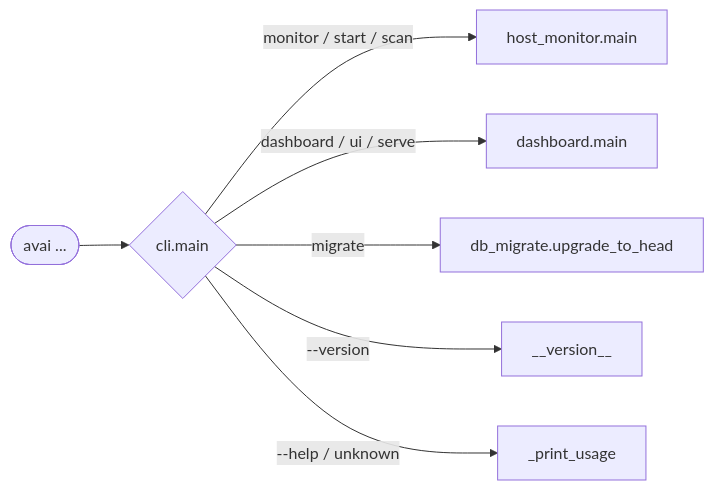
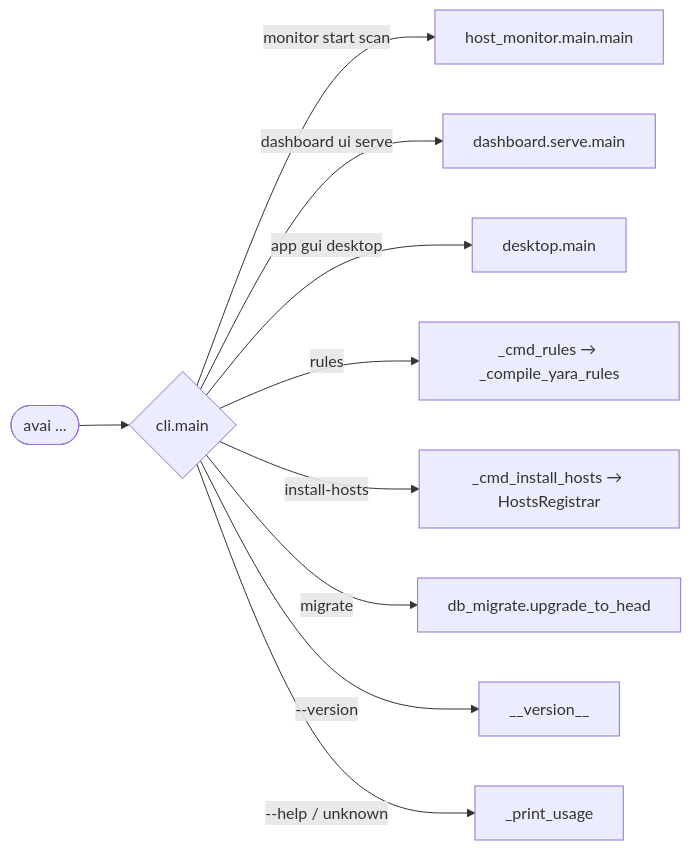
The third of 23 diagrams in docs/ARCHITECTURE.md (iklobato/avai), drawn with Mermaid before and after one commit. The commit also changed other lines of this file and 1 other file, not shown here.

First line of the commit message:
docs: refresh architecture map and replace the refactor plan

````diff
--- a/docs/ARCHITECTURE.md
+++ b/docs/ARCHITECTURE.md
@@ -106,9 +230,12 @@
 ```mermaid
 graph LR
-    u([avai ...]) --> m{cli.main}
-    m -->|monitor / start / scan| hm[host_monitor.main]
-    m -->|dashboard / ui / serve| dm[dashboard.main]
-    m -->|migrate| up[db_migrate.upgrade_to_head]
-    m -->|--version| v[__version__]
-    m -->|--help / unknown| usage[_print_usage]
+    u(["avai ..."]) --> m{"cli.main"}
+    m -->|monitor start scan| hm["host_monitor.main.main"]
+    m -->|dashboard ui serve| dm["dashboard.serve.main"]
+    m -->|app gui desktop| ap["desktop.main"]
+    m -->|rules| r["_cmd_rules → _compile_yara_rules"]
+    m -->|install-hosts| ih["_cmd_install_hosts → HostsRegistrar"]
+    m -->|migrate| mg["db_migrate.upgrade_to_head"]
+    m -->|--version| v["__version__"]
+    m -->|--help / unknown| usage["_print_usage"]
 ```
````
